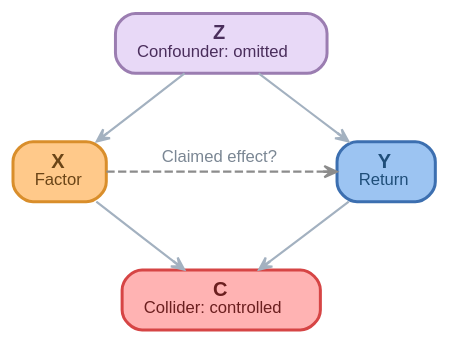
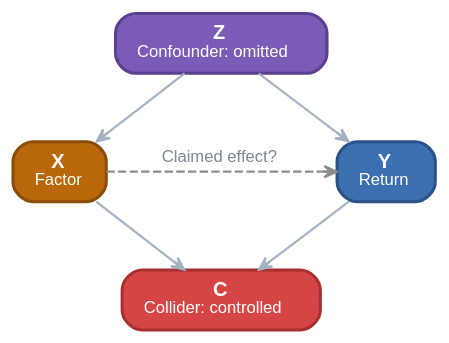
Before and after one commit to GokuHashira/gpsaggese.github.io: diagram 11 of 15 in papers/Causal_Analysis_for_Finance/notes.slides.md, drawn with Graphviz. The commit also changed other lines of this file and 6 other files, not shown here.

````diff
--- a/papers/Causal_Analysis_for_Finance/notes.slides.md
+++ b/papers/Causal_Analysis_for_Finance/notes.slides.md
@@ -1202,44 +1249,44 @@
 ```graphviz[width=90%]
 digraph Mirage {
   // factor : orange | return : blue | confounder : purple | collider : red
   bgcolor="transparent";
   pad="0.15";
   splines=spline;
   nodesep=0.70;
   ranksep=0.55;
   rankdir=TB;
 
   node [shape=box,
         style="rounded,filled",
         penwidth=1.8,
         fontname="Helvetica",
         fontsize=12,
         margin="0.18,0.10",
         height=0.45];
 
   edge [color="#A3B1C0",
         penwidth=1.3,
         arrowhead=vee,
         arrowsize=0.75,
         fontname="Helvetica",
         fontsize=10,
         fontcolor="#7B8794"];
 
   Z [label=<<b>Z</b><br/><font point-size="10">Confounder: omitted</font>>,
-     fillcolor="#E8D9F7", color="#9B7DB1", fontcolor="#4A2E5C"];
+     fillcolor="#7A5BB5", color="#5A3F91", fontcolor="#FFFFFF"];
   X [label=<<b>X</b><br/><font point-size="10">Factor</font>>,
-     fillcolor="#FFC98A", color="#D98E2B", fontcolor="#6B4517"];
+     fillcolor="#B8680A", color="#8A4C06", fontcolor="#FFFFFF"];
   Y [label=<<b>Y</b><br/><font point-size="10">Return</font>>,
-     fillcolor="#9CC4F2", color="#3C6FB0", fontcolor="#1F4E79"];
+     fillcolor="#3C6FB0", color="#2A5288", fontcolor="#FFFFFF"];
   C [label=<<b>C</b><br/><font point-size="10">Collider: controlled</font>>,
-     fillcolor="#FFB3B3", color="#D64545", fontcolor="#6B1F1F"];
+     fillcolor="#D64545", color="#A82F2F", fontcolor="#FFFFFF"];
 
   { rank=same; X; Y; }
 
   Z -> X;
   Z -> Y;
   X -> C;
   Y -> C;
   X -> Y [label="  Claimed effect?  ", style=dashed, color="#8C8C8C"];
 }
 ```
````
